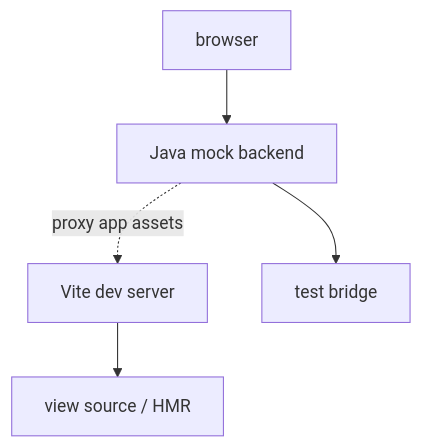
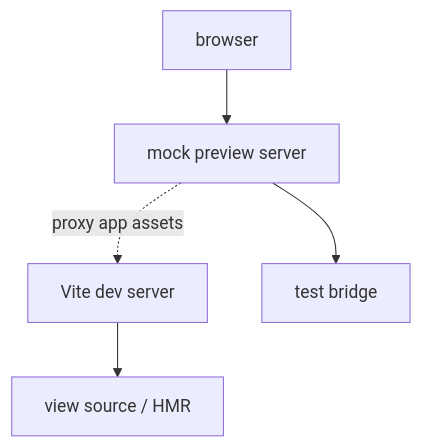
The fifth of 5 diagrams in plugins/ui.webview/docs/frontend/WebView-Frontend-Testability.md (JetBrains/intellij-community), drawn with Mermaid before and after one commit. The commit also changed other lines of this file and 3 other files, not shown here.

````diff
--- a/plugins/ui.webview/docs/frontend/WebView-Frontend-Testability.md
+++ b/plugins/ui.webview/docs/frontend/WebView-Frontend-Testability.md
@@ -221,13 +362,13 @@
 ```mermaid
 flowchart TD
   Browser["browser"]
-  Java["Java mock backend"]
+  Mock["mock preview server"]
   Vite["Vite dev server"]
   Bridge["test bridge"]
   Assets["view source / HMR"]
 
-  Browser --> Java
-  Java --> Bridge
-  Java -. proxy app assets .-> Vite
+  Browser --> Mock
+  Mock --> Bridge
+  Mock -. proxy app assets .-> Vite
   Vite --> Assets
 ```
````
